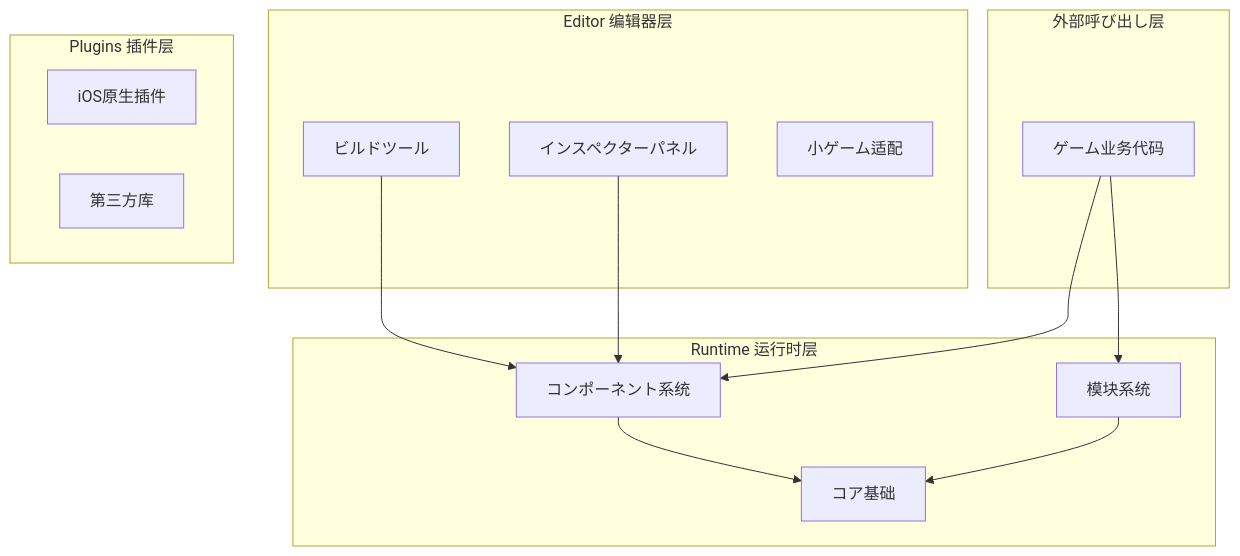
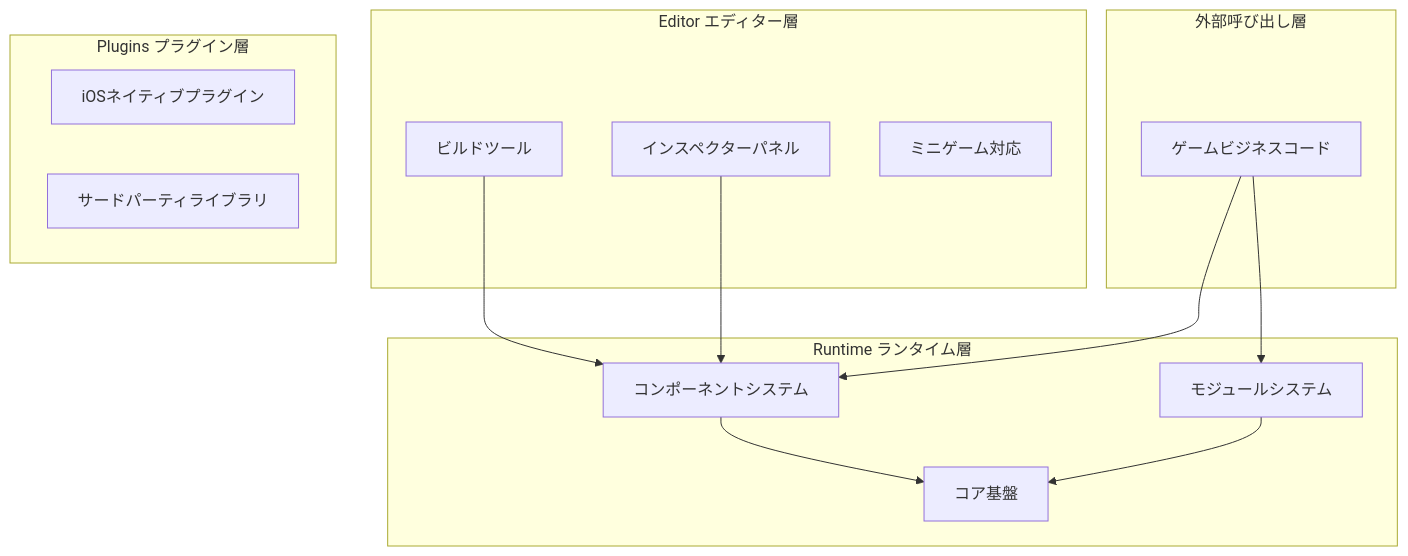
The first of 4 diagrams in docs/ja/client/unity/component/core/04.features.md (AlianBlank/GameFrameX.Docs), drawn with Mermaid before and after one commit. The commit also changed other lines of this file and 320 other files, not shown here.

````diff
--- a/docs/ja/client/unity/component/core/04.features.md
+++ b/docs/ja/client/unity/component/core/04.features.md
@@ -22,30 +22,30 @@
 ```mermaid
 graph TD
-    subgraph "外部呼び出し层"
-        Client[ゲーム业务代码]
+    subgraph "外部呼び出し層"
+        Client[ゲームビジネスコード]
     end
 
-    subgraph "Runtime 运行时层"
-        Components[コンポーネント系统]
-        Modules[模块系统]
-        Core[コア基础]
+    subgraph "Runtime ランタイム層"
+        Components[コンポーネントシステム]
+        Modules[モジュールシステム]
+        Core[コア基盤]
     end
 
-    subgraph "Editor 编辑器层"
+    subgraph "Editor エディター層"
         BuildTools[ビルドツール]
         Inspectors[インスペクターパネル]
-        MiniGame[小ゲーム适配]
+        MiniGame[ミニゲーム対応]
     end
 
-    subgraph "Plugins 插件层"
-        Native[iOS原生插件]
-        ThirdParty[第三方库]
+    subgraph "Plugins プラグイン層"
+        Native[iOSネイティブプラグイン]
+        ThirdParty[サードパーティライブラリ]
     end
 
     Client --> Components
     Client --> Modules
     Components --> Core
     Modules --> Core
     BuildTools --> Components
     Inspectors --> Components
 ```
````
